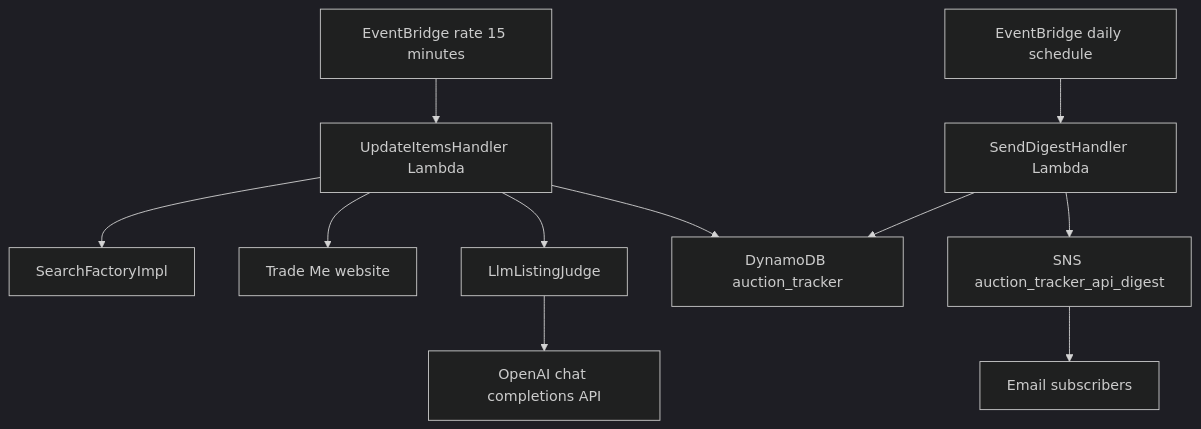
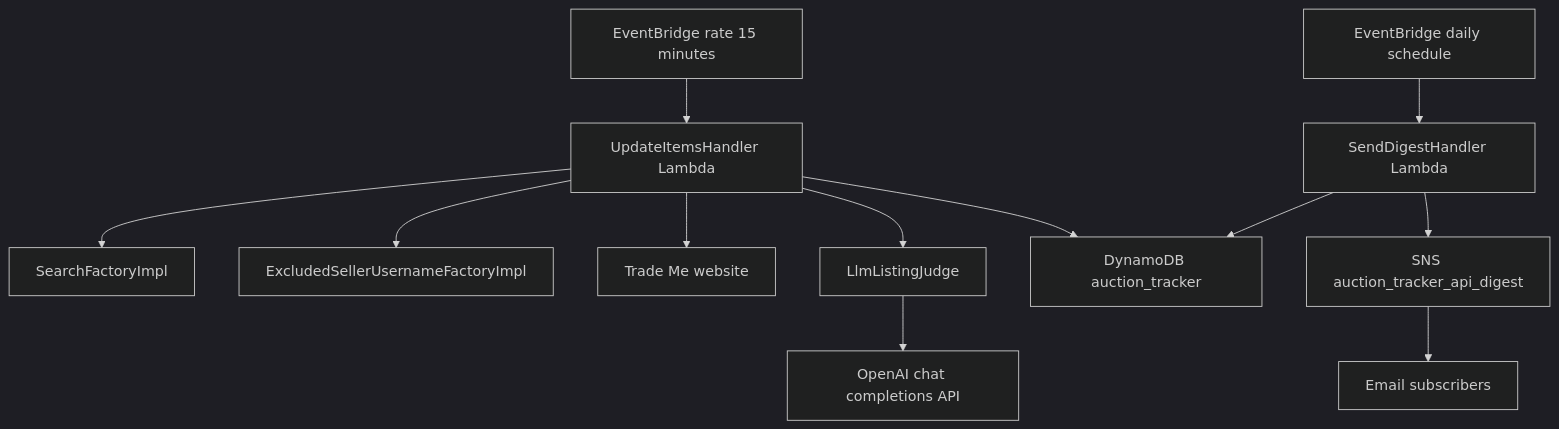
One commit to jordansimsmith/jordansimsmith-com changed the first of 2 diagrams in auction_tracker_api/README.md. Above: the diagram before and after it, drawn with Mermaid (dark theme). The commit also changed other lines of this file and 16 other files, not shown here.

````diff
--- a/auction_tracker_api/README.md
+++ b/auction_tracker_api/README.md
@@ -51,13 +54,14 @@
 ```mermaid
 flowchart TD
   updateSchedule[EventBridge rate 15 minutes] --> updateHandler[UpdateItemsHandler Lambda]
   updateHandler --> searchFactory[SearchFactoryImpl]
+  updateHandler --> excludedSellers[ExcludedSellerUsernameFactoryImpl]
   updateHandler --> tradeMe[Trade Me website]
   updateHandler --> listingJudge[LlmListingJudge]
   listingJudge --> openAi[OpenAI chat completions API]
   updateHandler --> auctionTable[DynamoDB auction_tracker]
   digestSchedule[EventBridge daily schedule] --> digestHandler[SendDigestHandler Lambda]
   digestHandler --> auctionTable
   digestHandler --> digestTopic[SNS auction_tracker_api_digest]
   digestTopic --> subscribers[Email subscribers]
 ```
````
